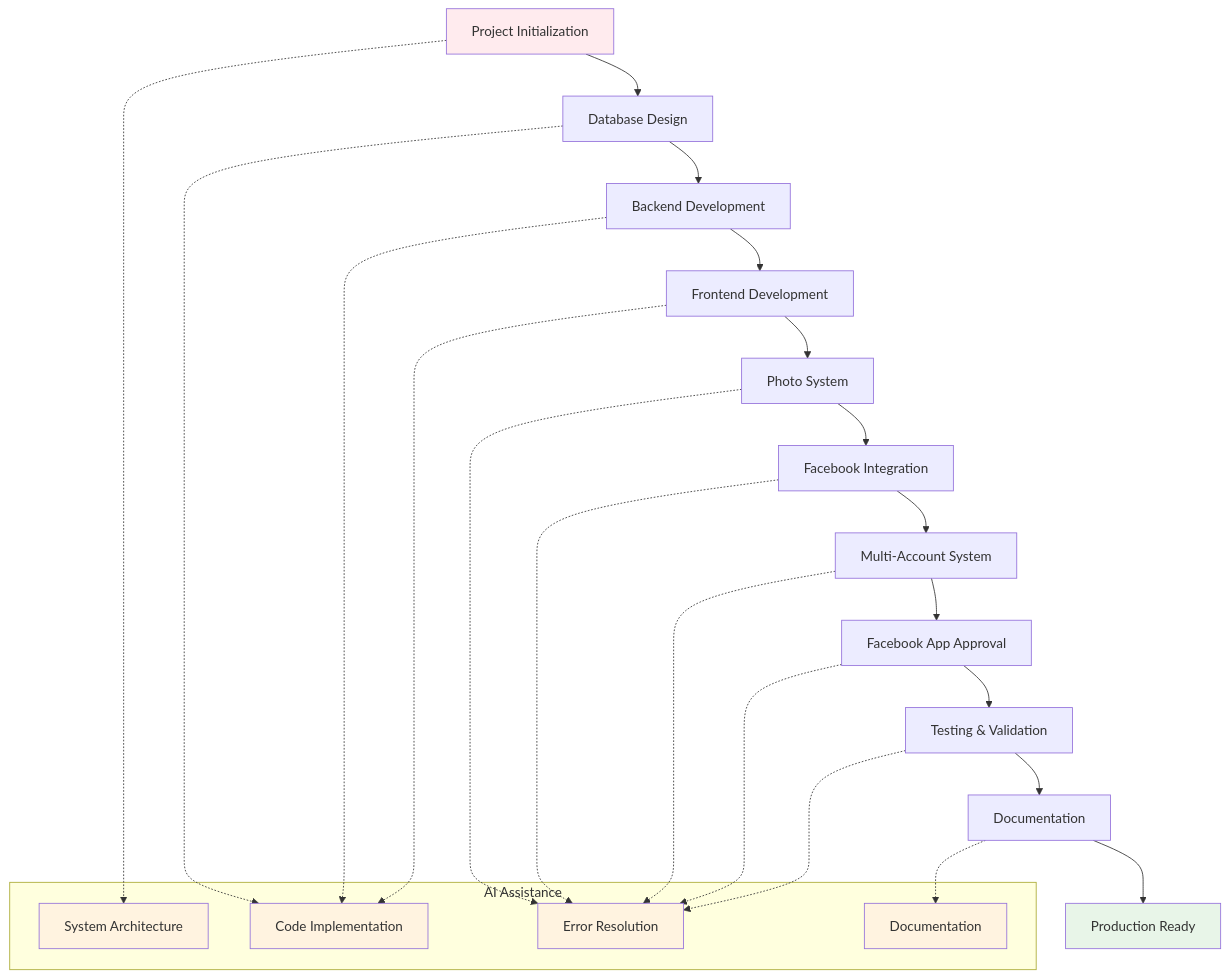
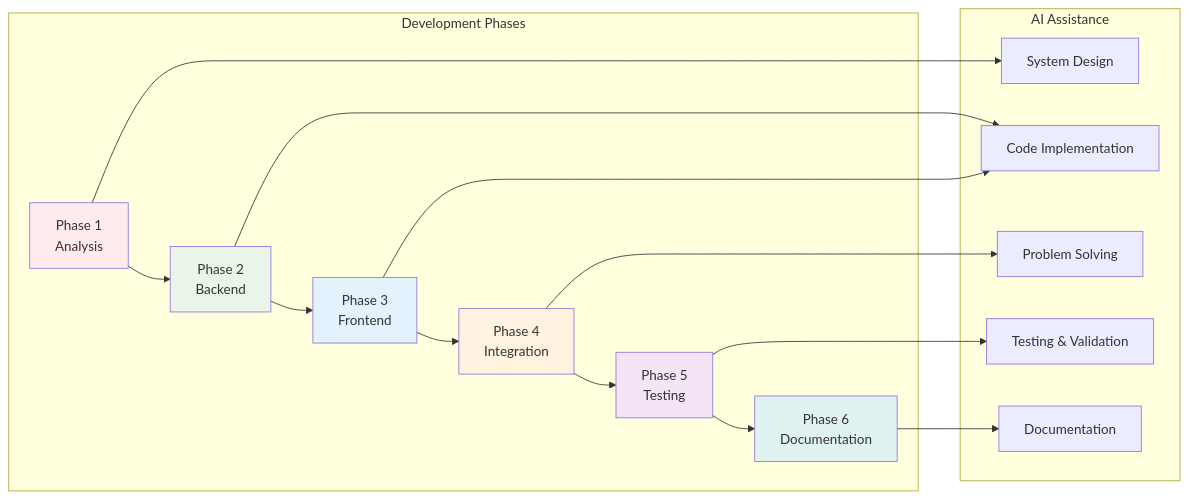
One commit to mg22mex/finalproject-mg changed the second of 11 diagrams in prompts-mg.md. Above: the diagram before and after it, drawn with Mermaid. The commit also changed other lines of this file and 61386 other files, not shown here.

First line of the commit message:
📚 Complete Documentation Update - Final System Status

````diff
--- a/prompts-mg.md
+++ b/prompts-mg.md
@@ -336,38 +303,39 @@
 ```mermaid
-graph TD
-    A[Project Initialization] --> B[Database Design]
-    B --> C[Backend Development]
-    C --> D[Frontend Development]
-    D --> E[Photo System]
-    E --> F[Facebook Integration]
-    F --> G[Multi-Account System]
-    G --> H[Facebook App Approval]
-    H --> I[Testing & Validation]
-    I --> J[Documentation]
-    J --> K[Production Ready]
+graph LR
+    subgraph "Development Phases"
+        A[Phase 1<br/>Analysis]
+        B[Phase 2<br/>Backend]
+        C[Phase 3<br/>Frontend]
+        D[Phase 4<br/>Integration]
+        E[Phase 5<br/>Testing]
+        F[Phase 6<br/>Documentation]
+    end
     
     subgraph "AI Assistance"
-        L[System Architecture]
-        M[Code Implementation]
-        N[Error Resolution]
-        O[Documentation]
+        G[System Design]
+        H[Code Implementation]
+        I[Problem Solving]
+        J[Testing & Validation]
+        K[Documentation]
     end
     
-    A -.-> L
-    B -.-> M
-    C -.-> M
-    D -.-> M
-    E -.-> N
-    F -.-> N
-    G -.-> N
-    H -.-> N
-    I -.-> N
-    J -.-> O
+    A --> B
+    B --> C
+    C --> D
+    D --> E
+    E --> F
+    
+    A --> G
+    B --> H
+    C --> H
+    D --> I
+    E --> J
+    F --> K
     
     style A fill:#ffebee
-    style K fill:#e8f5e8
-    style L fill:#fff3e0
-    style M fill:#fff3e0
-    style N fill:#fff3e0
-    style O fill:#fff3e0
+    style B fill:#e8f5e8
+    style C fill:#e3f2fd
+    style D fill:#fff3e0
+    style E fill:#f3e5f5
+    style F fill:#e0f2f1
 ```
````
